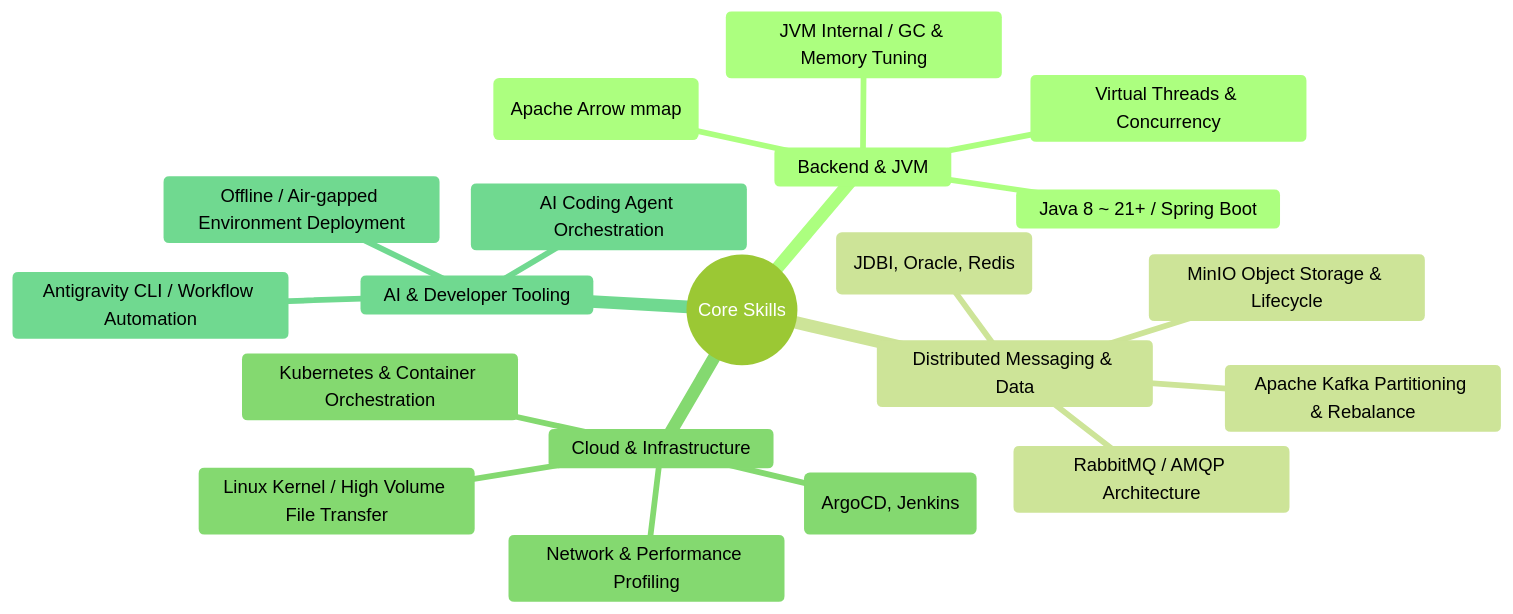
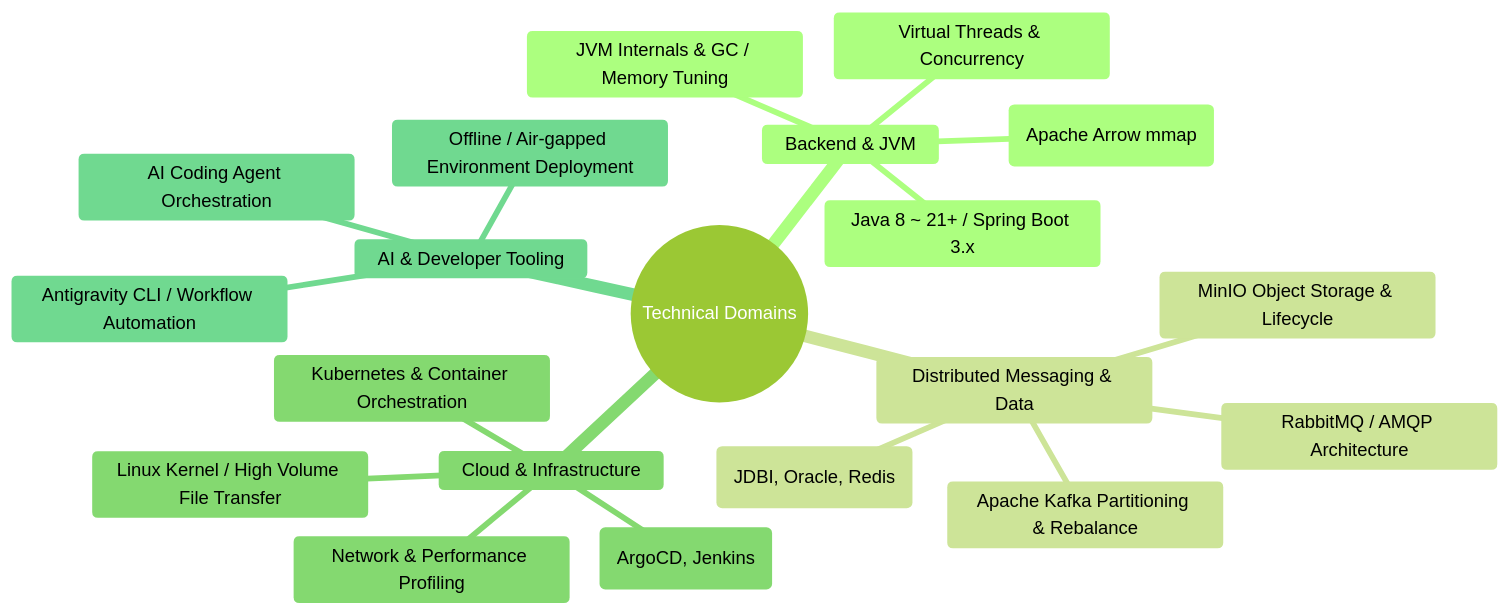
One commit to DevDooly/TIL changed the diagram in docs/index.md. Above: the diagram before and after it, drawn with Mermaid (forest theme). The commit also changed other lines of this file and 5 other files, not shown here.

````diff
--- a/docs/index.md
+++ b/docs/index.md
@@ -37,23 +15,23 @@
 ```mermaid
 mindmap
-  root((Core Skills))
+  root((Technical Domains))
     Backend & JVM
-      Java 8 ~ 21+ / Spring Boot
+      Java 8 ~ 21+ / Spring Boot 3.x
       Virtual Threads & Concurrency
-      JVM Internal / GC & Memory Tuning
+      JVM Internals & GC / Memory Tuning
       Zero-copy IPC (Apache Arrow mmap)
     Distributed Messaging & Data
       Apache Kafka Partitioning & Rebalance
       RabbitMQ / AMQP Architecture
       MinIO Object Storage & Lifecycle
       Database & Lock Optimization (JDBI, Oracle, Redis)
     Cloud & Infrastructure
       Kubernetes & Container Orchestration
       CI/CD Automation (ArgoCD, Jenkins)
       Linux Kernel / High Volume File Transfer
       Network & Performance Profiling
     AI & Developer Tooling
       AI Coding Agent Orchestration
       Antigravity CLI / Workflow Automation
       Offline / Air-gapped Environment Deployment
 ```
````
